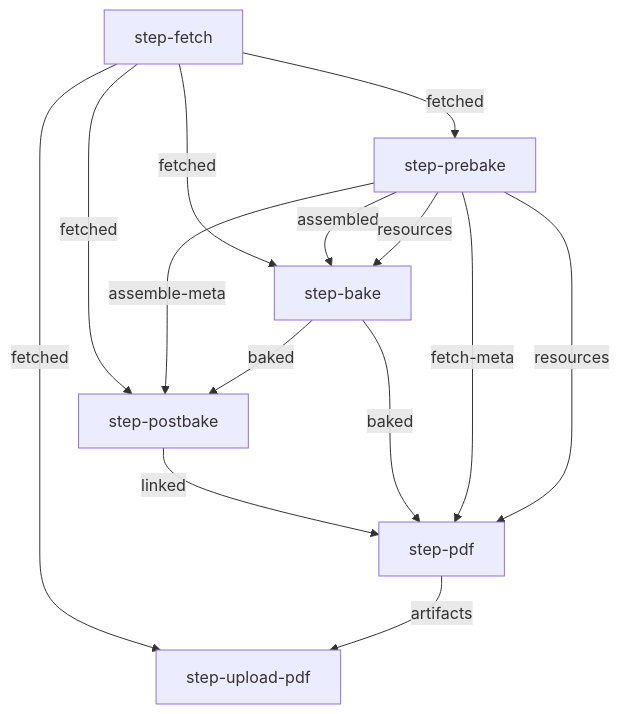
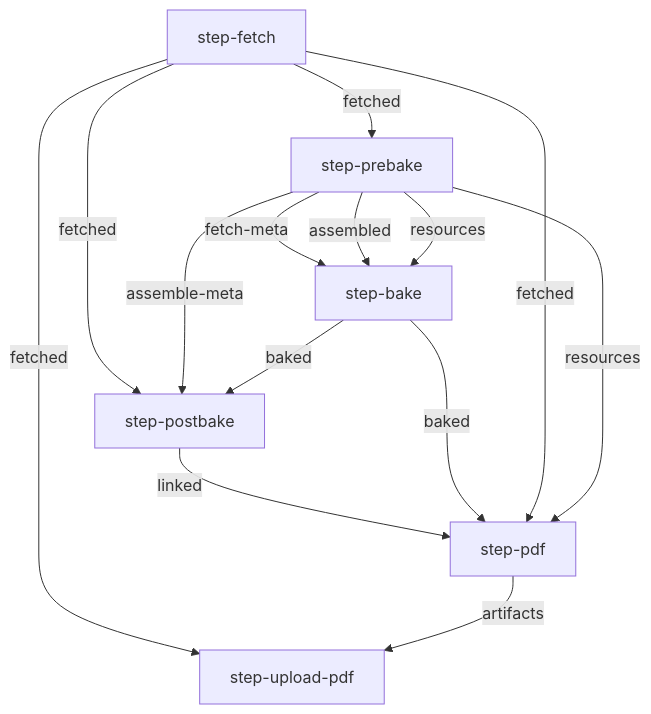
Before and after one commit to openstax/enki: the diagram in README.md, drawn with Mermaid. The commit also changed 72 other files, not shown here.

````diff
--- a/README.md
+++ b/README.md
@@ -129,16 +129,16 @@
 ```mermaid
 graph TB
     step-fetch -- fetched --> step-prebake
-    step-fetch -- fetched --> step-bake
+    step-prebake -- fetch-meta --> step-bake
     step-prebake -- assembled --> step-bake
     step-prebake -- resources --> step-bake
     step-fetch -- fetched --> step-postbake
     step-prebake -- assemble-meta --> step-postbake
     step-bake -- baked --> step-postbake
     step-postbake -- linked --> step-pdf
     step-bake -- baked --> step-pdf
-    step-prebake -- fetch-meta --> step-pdf
+    step-fetch -- fetched --> step-pdf
     step-prebake -- resources --> step-pdf
     step-fetch -- fetched --> step-upload-pdf
     step-pdf -- artifacts --> step-upload-pdf
 ```
````
